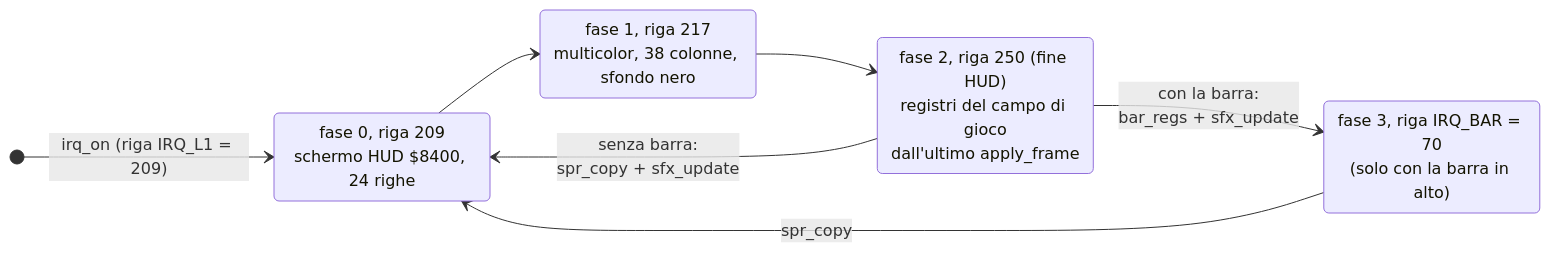
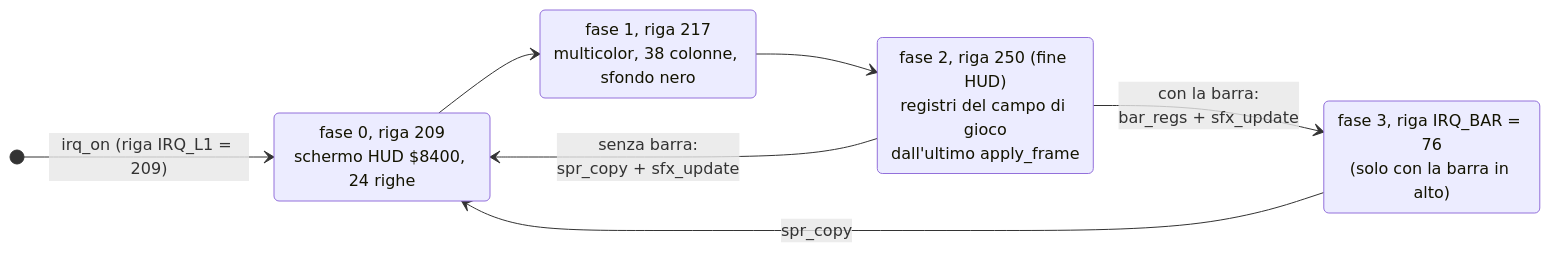
Before and after one commit to caporalesimone/barbarian-the-blood-path: the fourth of 18 diagrams in docs/wiki/flussi.md, drawn with Mermaid. The commit also changed 4 other files, not shown here.

First line of the commit message:
Barra in alto: niente puntini sotto il nome dei luoghi; Lab64 1.15

````diff
--- a/docs/wiki/flussi.md
+++ b/docs/wiki/flussi.md
@@ -107,14 +107,14 @@
 ```mermaid
 stateDiagram-v2
     direction LR
     [*] --> P0: irq_on (riga IRQ_L1 = 209)
     P0: fase 0, riga 209<br/>schermo HUD $8400, 24 righe
     P1: fase 1, riga 217<br/>multicolor, 38 colonne, sfondo nero
     P2: fase 2, riga 250 (fine HUD)<br/>registri del campo di gioco<br/>dall'ultimo apply_frame
-    P3: fase 3, riga IRQ_BAR = 70<br/>(solo con la barra in alto)
+    P3: fase 3, riga IRQ_BAR = 76<br/>(solo con la barra in alto)
     P0 --> P1
     P1 --> P2
     P2 --> P0: senza barra:<br/>spr_copy + sfx_update
     P2 --> P3: con la barra:<br/>bar_regs + sfx_update
     P3 --> P0: spr_copy
 ```
````
